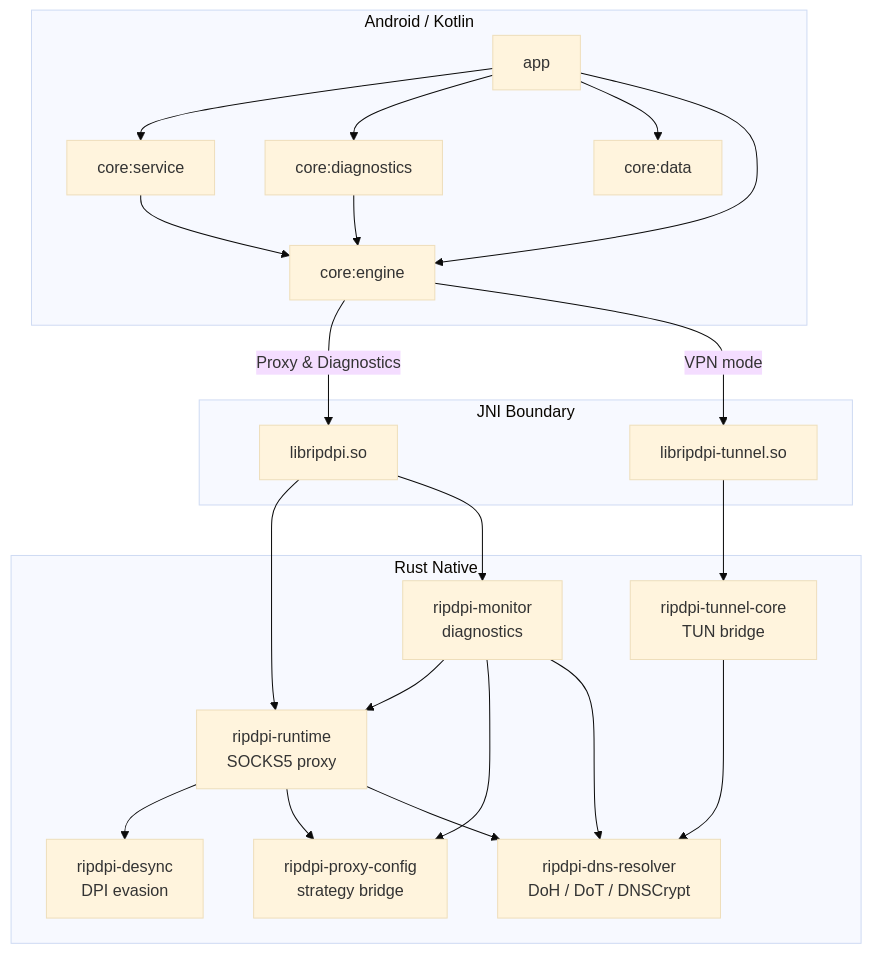
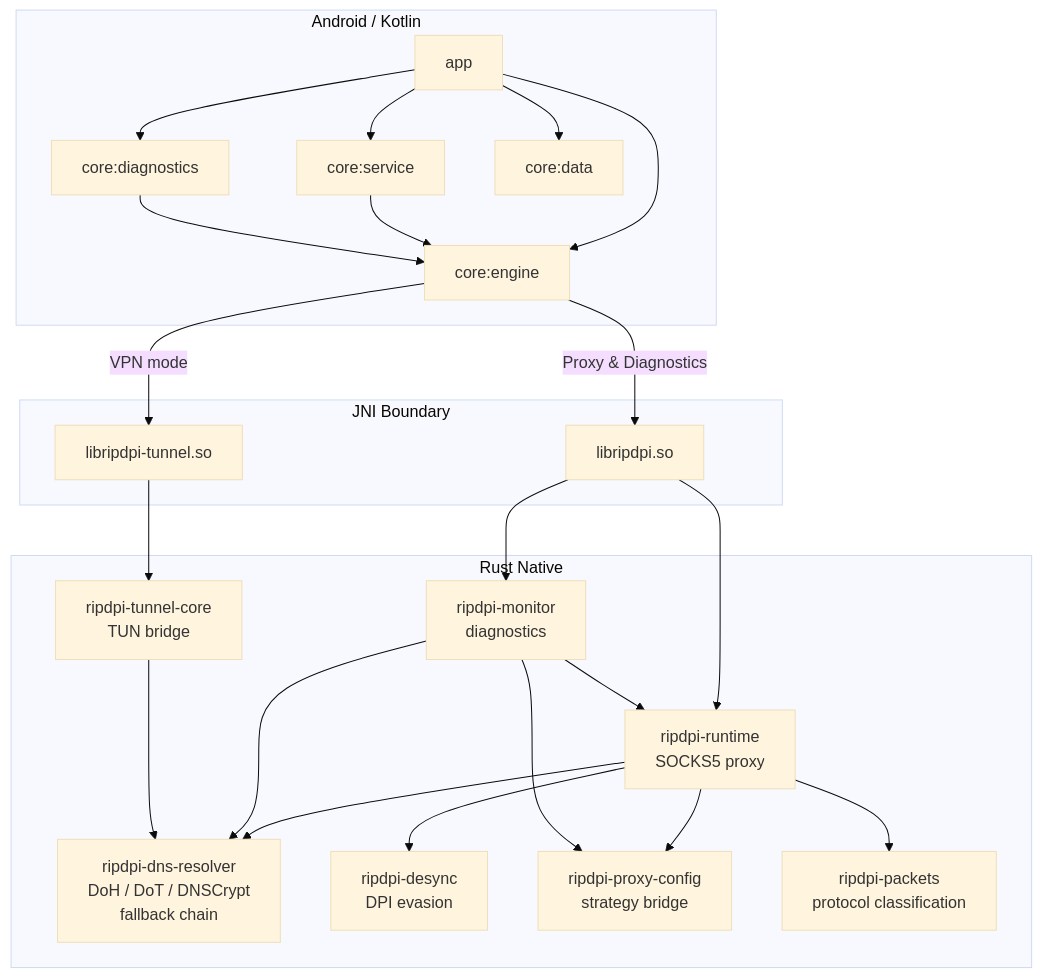
The diagram in README.md (po4yka/RIPDPI), drawn with Mermaid (base theme) before and after one commit. The commit also changed other lines of this file, not shown here.

````diff
--- a/README.md
+++ b/README.md
@@ -44,36 +44,37 @@
 ```mermaid
 graph TD
     subgraph Android / Kotlin
         APP[app]
         SVC[core:service]
         DIAG[core:diagnostics]
         DATA[core:data]
         ENG[core:engine]
     end
 
     subgraph JNI Boundary
         JNI_P[libripdpi.so]
         JNI_T[libripdpi-tunnel.so]
     end
 
     subgraph Rust Native
         RT[ripdpi-runtime<br/>SOCKS5 proxy]
         MON[ripdpi-monitor<br/>diagnostics]
         TC[ripdpi-tunnel-core<br/>TUN bridge]
-        DNS[ripdpi-dns-resolver<br/>DoH / DoT / DNSCrypt]
+        DNS[ripdpi-dns-resolver<br/>DoH / DoT / DNSCrypt<br/>fallback chain]
         DSN[ripdpi-desync<br/>DPI evasion]
         CFG[ripdpi-proxy-config<br/>strategy bridge]
+        PKT[ripdpi-packets<br/>protocol classification]
     end
 
     APP --> SVC & DIAG & DATA & ENG
     SVC --> ENG
     DIAG --> ENG
     ENG -->|Proxy & Diagnostics| JNI_P
     ENG -->|VPN mode| JNI_T
 
     JNI_P --> RT & MON
     JNI_T --> TC
-    RT --> DSN & CFG & DNS
+    RT --> DSN & CFG & DNS & PKT
     MON --> RT & CFG & DNS
     TC --> DNS
 ```
````
